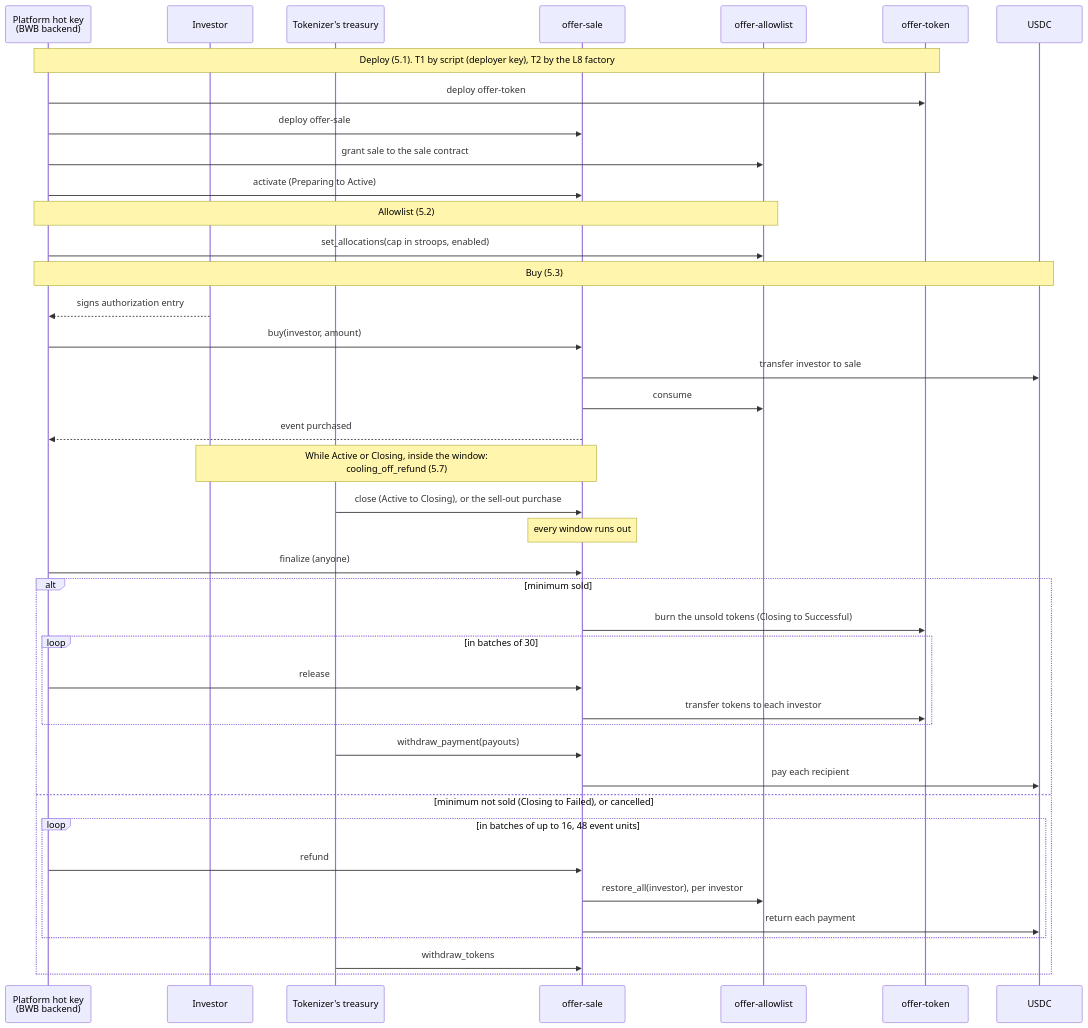
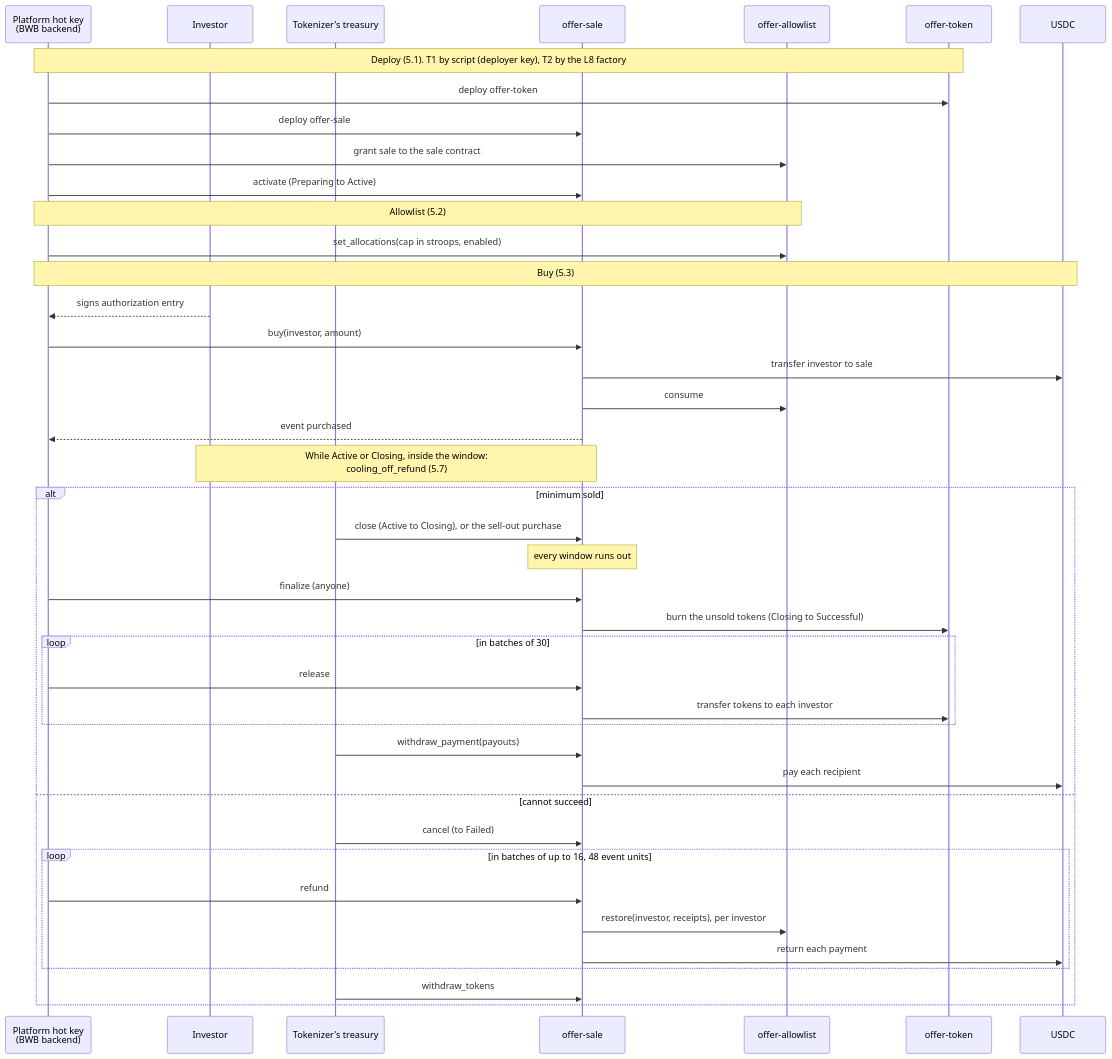
One commit to BWB-Labs/bwb-stellar changed the first of 2 diagrams in docs/interface.md. Above: the diagram before and after it, drawn with Mermaid. The commit also changed other lines of this file and 26 other files, not shown here.

````diff
--- a/docs/interface.md
+++ b/docs/interface.md
@@ -78,47 +78,48 @@
 ```mermaid
 sequenceDiagram
   participant HK as Platform hot key<br/>(BWB backend)
   participant INV as Investor
   participant IT as Tokenizer's treasury
   participant S as offer-sale
   participant A as offer-allowlist
   participant T as offer-token
   participant U as USDC
 
   Note over HK,T: Deploy (5.1). T1 by script (deployer key), T2 by the L8 factory
   HK->>T: deploy offer-token
   HK->>S: deploy offer-sale
   HK->>A: grant sale to the sale contract
   HK->>S: activate (Preparing to Active)
 
   Note over HK,A: Allowlist (5.2)
   HK->>A: set_allocations(cap in stroops, enabled)
 
   Note over HK,U: Buy (5.3)
   INV-->>HK: signs authorization entry
   HK->>S: buy(investor, amount)
   S->>U: transfer investor to sale
   S->>A: consume
   S-->>HK: event purchased
   Note over INV,S: While Active or Closing, inside the window:<br/>cooling_off_refund (5.7)
 
-  IT->>S: close (Active to Closing), or the sell-out purchase
-  Note over S: every window runs out
-  HK->>S: finalize (anyone)
   alt minimum sold
+    IT->>S: close (Active to Closing), or the sell-out purchase
+    Note over S: every window runs out
+    HK->>S: finalize (anyone)
     S->>T: burn the unsold tokens (Closing to Successful)
     loop in batches of 30
       HK->>S: release
       S->>T: transfer tokens to each investor
     end
     IT->>S: withdraw_payment(payouts)
     S->>U: pay each recipient
-  else minimum not sold (Closing to Failed), or cancelled
+  else cannot succeed
+    IT->>S: cancel (to Failed)
     loop in batches of up to 16, 48 event units
       HK->>S: refund
-      S->>A: restore_all(investor), per investor
+      S->>A: restore(investor, receipts), per investor
       S->>U: return each payment
     end
     IT->>S: withdraw_tokens
   end
 ```
````
